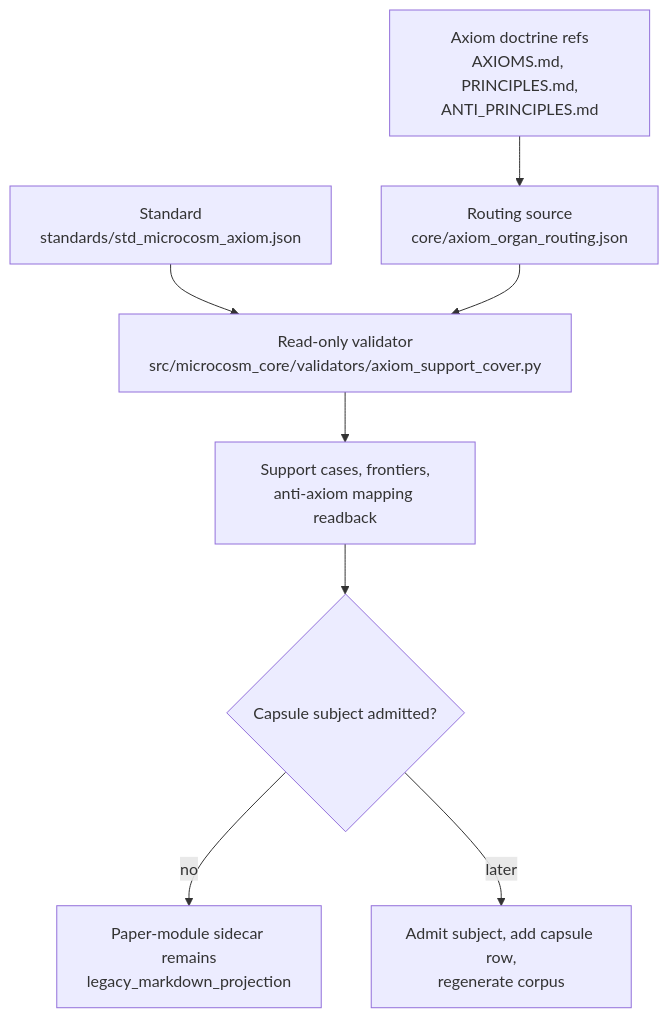
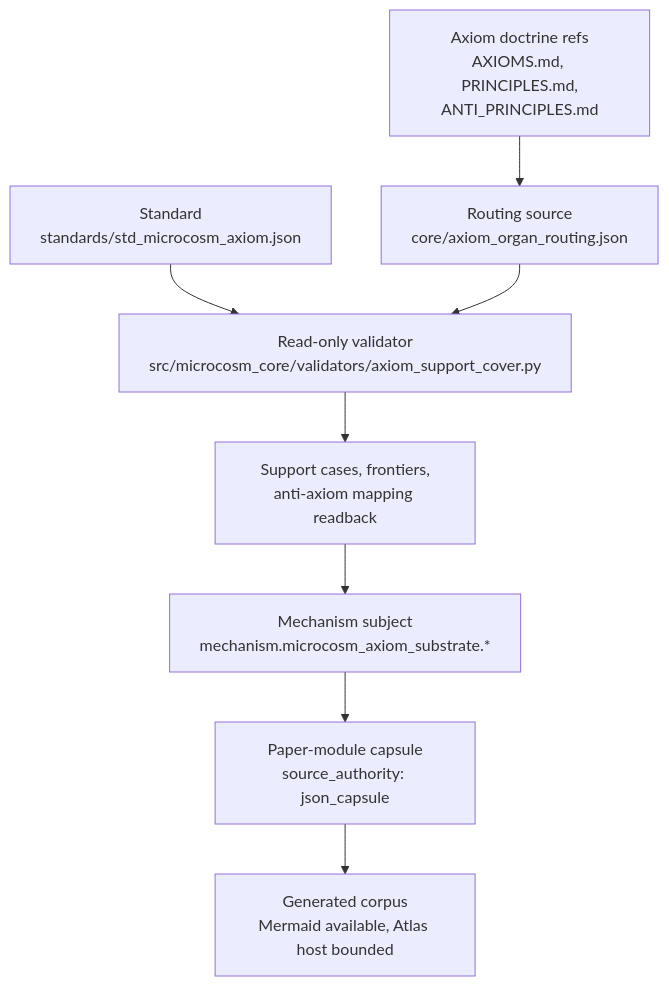
Before and after one commit to wcook04/plectis: the diagram in paper_modules/microcosm_axiom_substrate.md, drawn with Mermaid. The commit also changed other lines of this file and 23 other files, not shown here.

Commit message:
Microcosm ratchet axiom substrate capsule

````diff
--- a/paper_modules/microcosm_axiom_substrate.md
+++ b/paper_modules/microcosm_axiom_substrate.md
@@ -37,10 +37,10 @@
 ```mermaid
 flowchart TD
     A["Axiom doctrine refs<br/>AXIOMS.md, PRINCIPLES.md,<br/>ANTI_PRINCIPLES.md"] --> B["Routing source<br/>core/axiom_organ_routing.json"]
     C["Standard<br/>standards/std_microcosm_axiom.json"] --> D["Read-only validator<br/>src/microcosm_core/validators/axiom_support_cover.py"]
     B --> D
     D --> E["Support cases, frontiers,<br/>anti-axiom mapping readback"]
-    E --> F{"Capsule subject admitted?"}
-    F -->|no| G["Paper-module sidecar remains<br/>legacy_markdown_projection"]
-    F -->|later| H["Admit subject, add capsule row,<br/>regenerate corpus"]
+    E --> F["Mechanism subject<br/>mechanism.microcosm_axiom_substrate.*"]
+    F --> G["Paper-module capsule<br/>source_authority: json_capsule"]
+    G --> H["Generated corpus<br/>Mermaid available, Atlas host bounded"]
 ```
````
